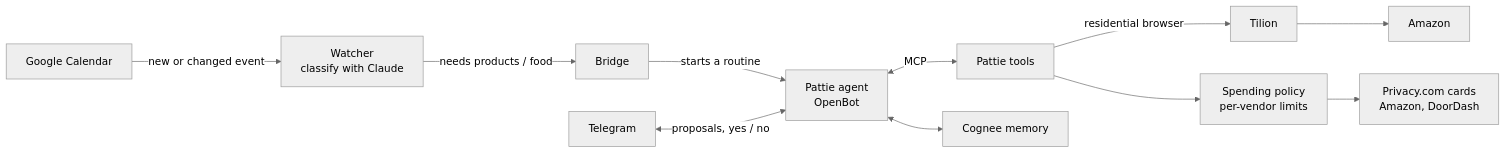
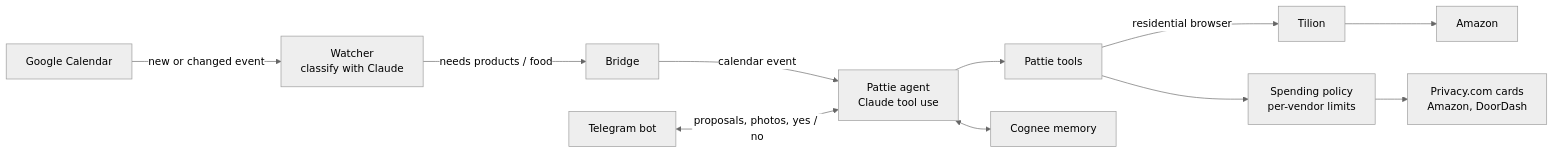
Before and after one commit to kolumba-ai/Pattie-shopping-agent: the diagram in README.md, drawn with Mermaid (neutral theme). The commit also changed other lines of this file and 30 other files, not shown here.

First line of the commit message:
Drop OpenBot: Pattie's own Telegram bot + Claude agent loop in one container

````diff
--- a/README.md
+++ b/README.md
@@ -11,12 +11,12 @@
 ```mermaid
 flowchart LR
     GC[Google Calendar] -->|new or changed event| W[Watcher<br/>classify with Claude]
     W -->|needs products / food| B[Bridge]
-    B -->|starts a routine| P[Pattie agent<br/>OpenBot]
-    TG[Telegram] <-->|proposals, yes / no| P
-    P <-->|MCP| T[Pattie tools]
+    B -->|calendar event| P[Pattie agent<br/>Claude tool use]
+    TG[Telegram bot] <-->|proposals, photos, yes / no| P
+    P --> T[Pattie tools]
     T -->|residential browser| TL[Tilion] --> AMZ[Amazon]
     T --> POL[Spending policy<br/>per-vendor limits]
     POL --> PC[Privacy.com cards<br/>Amazon, DoorDash]
     P <--> CG[Cognee memory]
 ```
````
